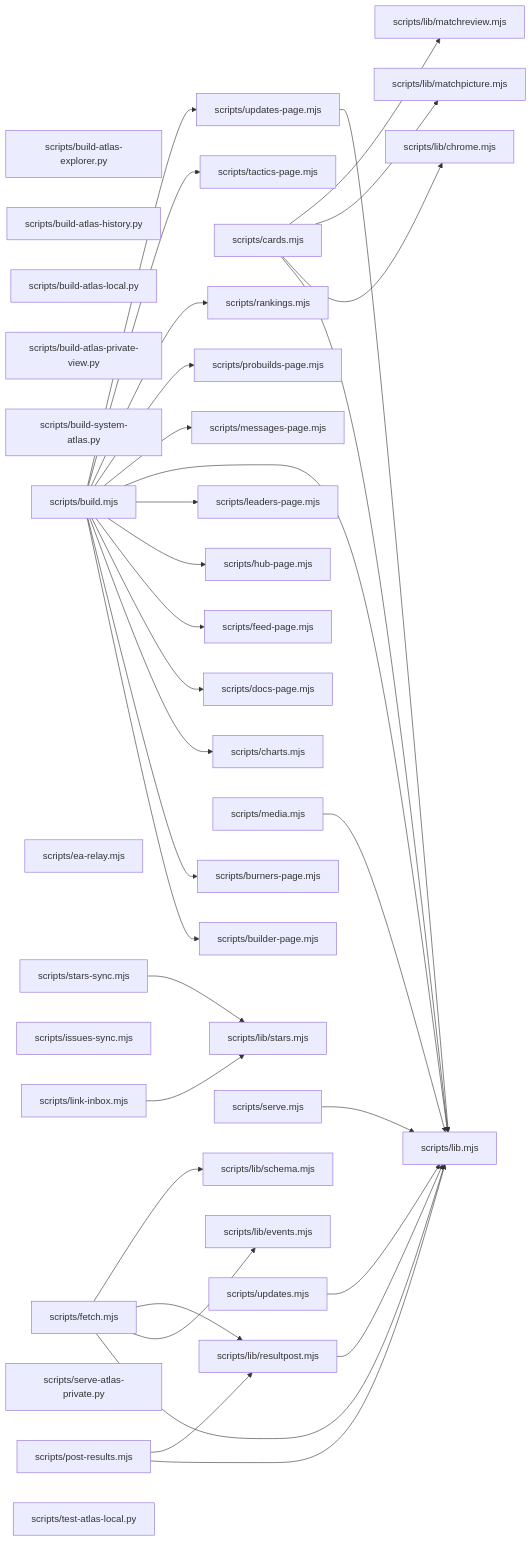
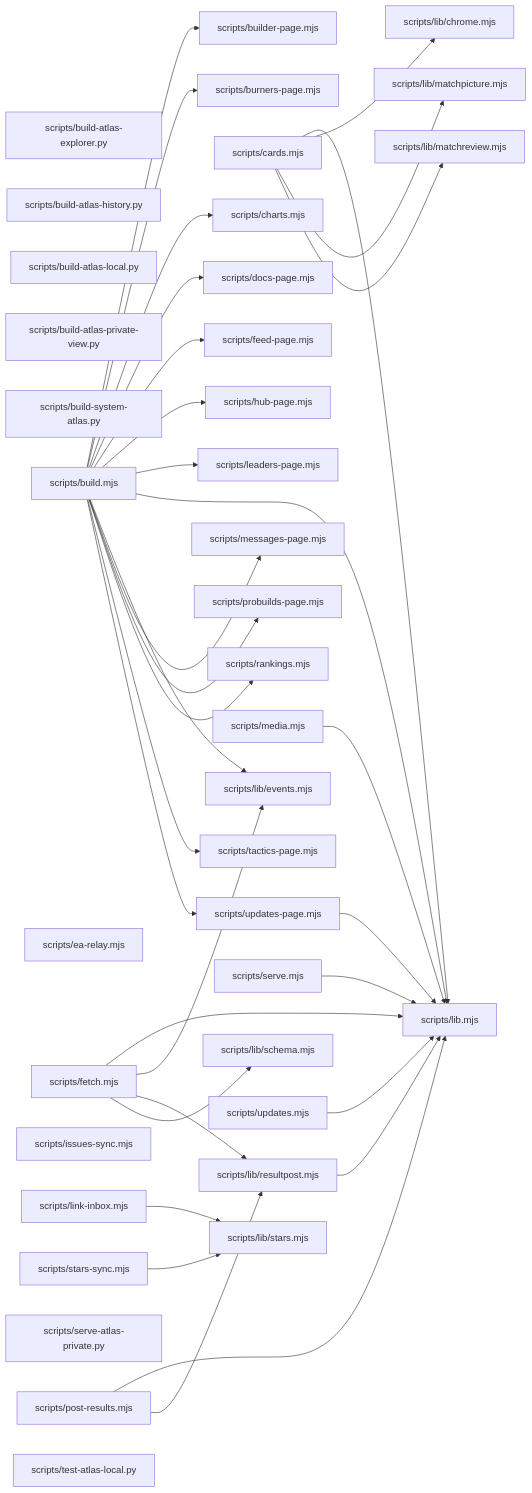
Before and after one commit to devroadtosucces15-boop/Norex-United-FC: the diagram in PLANNING/system-atlas/layer-scripts.md, drawn with Mermaid. The commit also changed 4 other files, not shown here.

````diff
--- a/PLANNING/system-atlas/layer-scripts.md
+++ b/PLANNING/system-atlas/layer-scripts.md
@@ -5,71 +5,72 @@
 ```mermaid
 flowchart LR
   n0["scripts/build-atlas-explorer.py"]
   n1["scripts/build-atlas-history.py"]
   n2["scripts/build-atlas-local.py"]
   n3["scripts/build-atlas-private-view.py"]
   n4["scripts/build-system-atlas.py"]
   n5["scripts/build.mjs"]
   n6["scripts/builder-page.mjs"]
   n7["scripts/burners-page.mjs"]
   n8["scripts/cards.mjs"]
   n9["scripts/charts.mjs"]
   n10["scripts/docs-page.mjs"]
   n11["scripts/ea-relay.mjs"]
   n12["scripts/feed-page.mjs"]
   n13["scripts/fetch.mjs"]
   n14["scripts/hub-page.mjs"]
   n15["scripts/issues-sync.mjs"]
   n16["scripts/leaders-page.mjs"]
   n17["scripts/lib.mjs"]
   n18["scripts/lib/chrome.mjs"]
   n19["scripts/lib/events.mjs"]
   n20["scripts/lib/matchpicture.mjs"]
   n21["scripts/lib/matchreview.mjs"]
   n22["scripts/lib/resultpost.mjs"]
   n23["scripts/lib/schema.mjs"]
   n24["scripts/lib/stars.mjs"]
   n25["scripts/link-inbox.mjs"]
   n26["scripts/media.mjs"]
   n27["scripts/messages-page.mjs"]
   n28["scripts/post-results.mjs"]
   n29["scripts/probuilds-page.mjs"]
   n30["scripts/rankings.mjs"]
   n31["scripts/serve-atlas-private.py"]
   n32["scripts/serve.mjs"]
   n33["scripts/stars-sync.mjs"]
   n34["scripts/tactics-page.mjs"]
   n35["scripts/test-atlas-local.py"]
   n36["scripts/updates-page.mjs"]
   n37["scripts/updates.mjs"]
   n5 --> n6
   n5 --> n7
   n5 --> n9
   n5 --> n10
   n5 --> n12
   n5 --> n14
   n5 --> n16
   n5 --> n17
+  n5 --> n19
   n5 --> n27
   n5 --> n29
   n5 --> n30
   n5 --> n34
   n5 --> n36
   n8 --> n17
   n8 --> n18
   n8 --> n20
   n8 --> n21
   n13 --> n17
   n13 --> n19
   n13 --> n22
   n13 --> n23
   n22 --> n17
   n25 --> n24
   n26 --> n17
   n28 --> n17
   n28 --> n22
   n32 --> n17
   n33 --> n24
   n36 --> n17
   n37 --> n17
 ```
````
